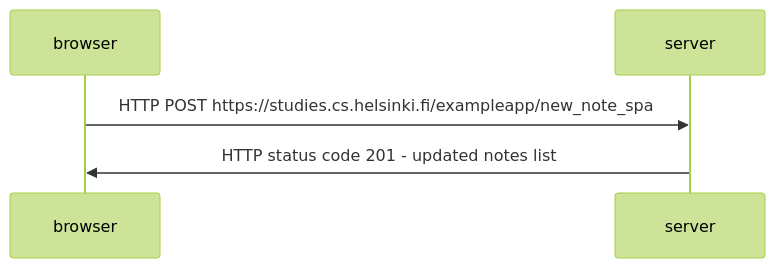
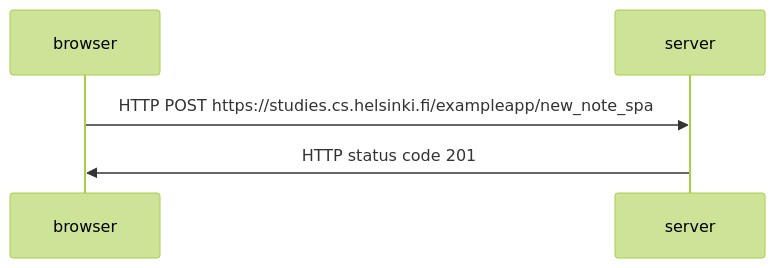
Before and after one commit to andreiwebdev/part0: the fourth of 4 diagrams in README.MD, drawn with Mermaid (forest theme).

````diff
--- a/README.MD
+++ b/README.MD
@@ -59,7 +59,7 @@
 ```mermaid
 sequenceDiagram
     participant browser
     participant server
     browser->>server: HTTP POST https://studies.cs.helsinki.fi/exampleapp/new_note_spa
-    server->>browser: HTTP status code 201 - updated notes list
+    server->>browser: HTTP status code 201
 ```
````
